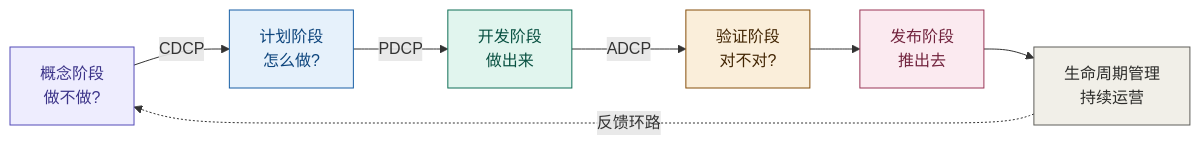
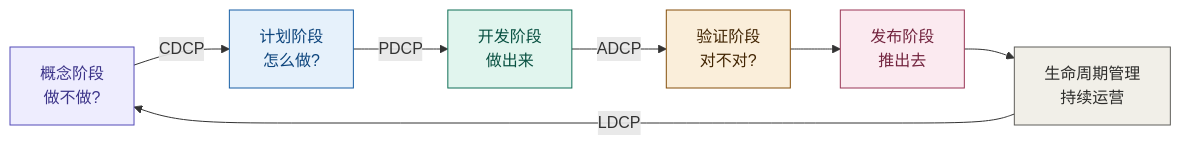
One commit to Yongjunzhou/AOS-system-design changed the sixth of 23 diagrams in 40-review/从概念到架构-ISO42010架构定义深度解析.md. Above: the diagram before and after it, drawn with Mermaid. The commit also changed other lines of this file and 3 other files, not shown here.

Commit message:
40-review 研究笔记继续完善：govern 词源与翻译考（治理/管理——决策系统与执行系统）、ISO42010 架构定义深度解析、工程概念精讲笔记（含 figures 图）

````diff
--- a/40-review/从概念到架构-ISO42010架构定义深度解析.md
+++ b/40-review/从概念到架构-ISO42010架构定义深度解析.md
@@ -187,15 +198,15 @@
 ```mermaid
 flowchart LR
     C["概念阶段<br/>做不做?"] -->|CDCP| P["计划阶段<br/>怎么做?"]
     P -->|PDCP| D["开发阶段<br/>做出来"]
     D -->|ADCP| V["验证阶段<br/>对不对?"]
     V --> R["发布阶段<br/>推出去"]
     R --> L["生命周期管理<br/>持续运营"]
-    L -. "反馈环路" .-> C
+    L -->|LDCP| C
     style C fill:#EEEDFE,stroke:#534AB7,color:#3C3489
     style P fill:#E6F1FB,stroke:#185FA5,color:#0C447C
     style D fill:#E1F5EE,stroke:#0F6E56,color:#085041
     style V fill:#FAEEDA,stroke:#854F0B,color:#412402
     style R fill:#FBEAF0,stroke:#993556,color:#72243E
     style L fill:#F1EFE8,stroke:#5F5E5A,color:#2C2C2A
 ```
````
